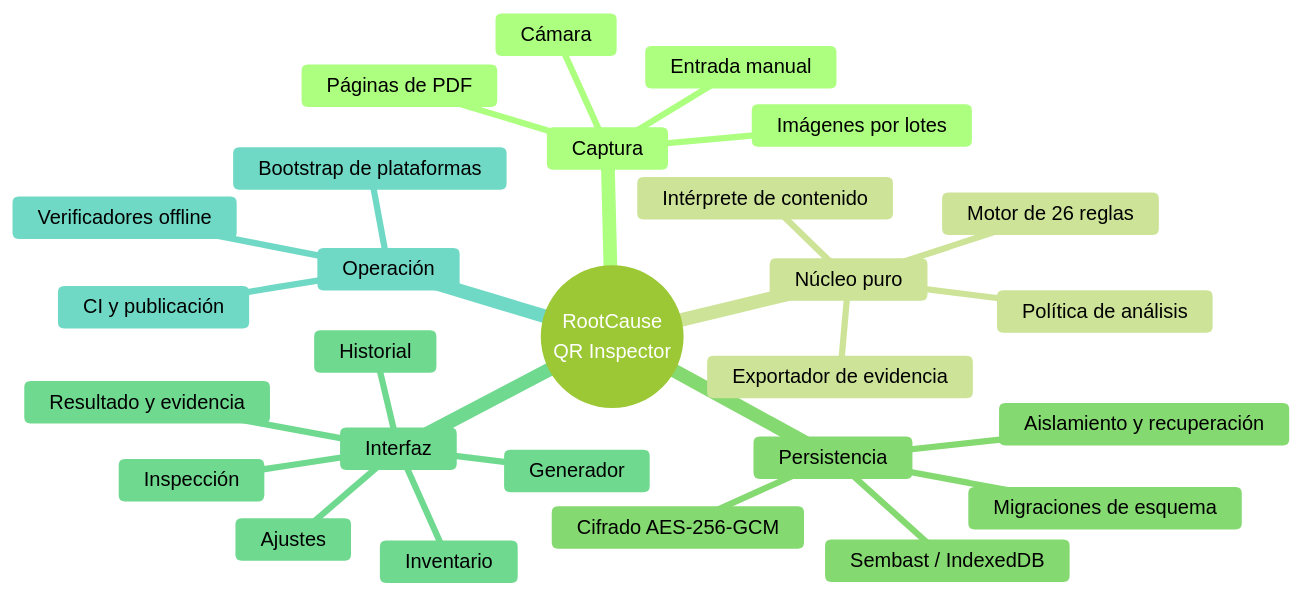
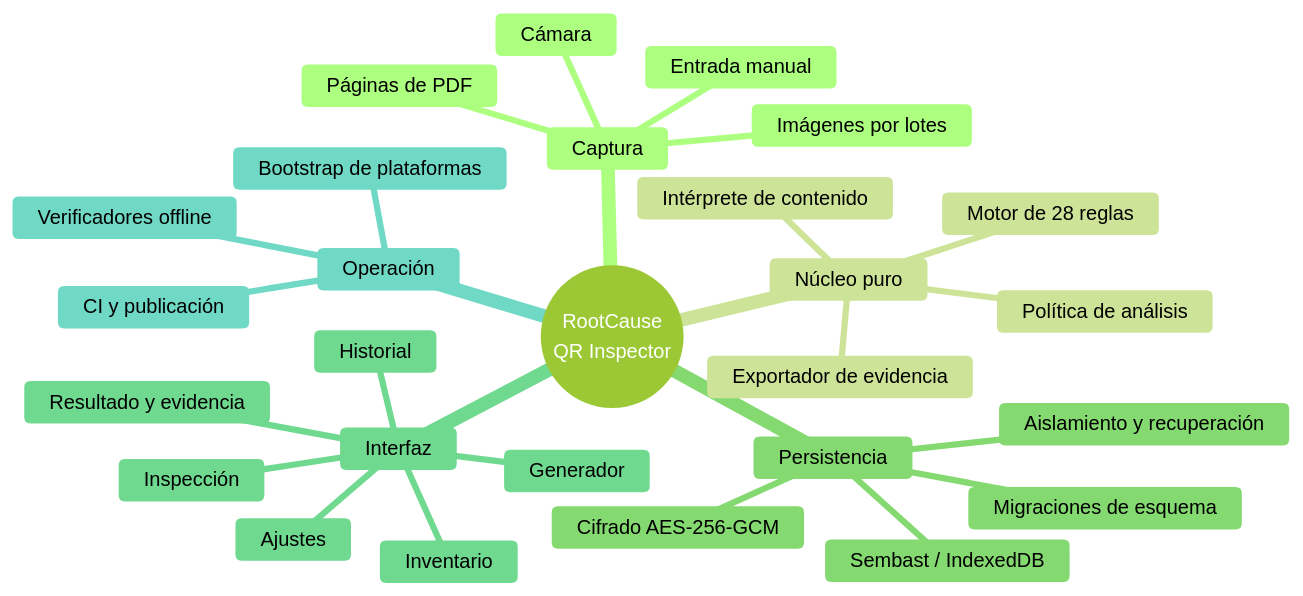
The first of 5 diagrams in docs/system-documentation/03-architecture.md (vladimiracunadev-create/rootcause-qr-inspector), drawn with Mermaid (forest theme) before and after one commit. The commit also changed other lines of this file and 70 other files, not shown here.

````diff
--- a/docs/system-documentation/03-architecture.md
+++ b/docs/system-documentation/03-architecture.md
@@ -21,30 +21,30 @@
 ```mermaid
 mindmap
   root(("RootCause<br/>QR Inspector"))
     Captura
       Cámara
       Imágenes por lotes
       Páginas de PDF
       Entrada manual
     Núcleo puro
       Intérprete de contenido
-      Motor de 26 reglas
+      Motor de 28 reglas
       Política de análisis
       Exportador de evidencia
     Persistencia
       Sembast / IndexedDB
       Cifrado AES-256-GCM
       Migraciones de esquema
       Aislamiento y recuperación
     Interfaz
       Inspección
       Resultado y evidencia
       Historial
       Inventario
       Generador
       Ajustes
     Operación
       Bootstrap de plataformas
       Verificadores offline
       CI y publicación
 ```
````
